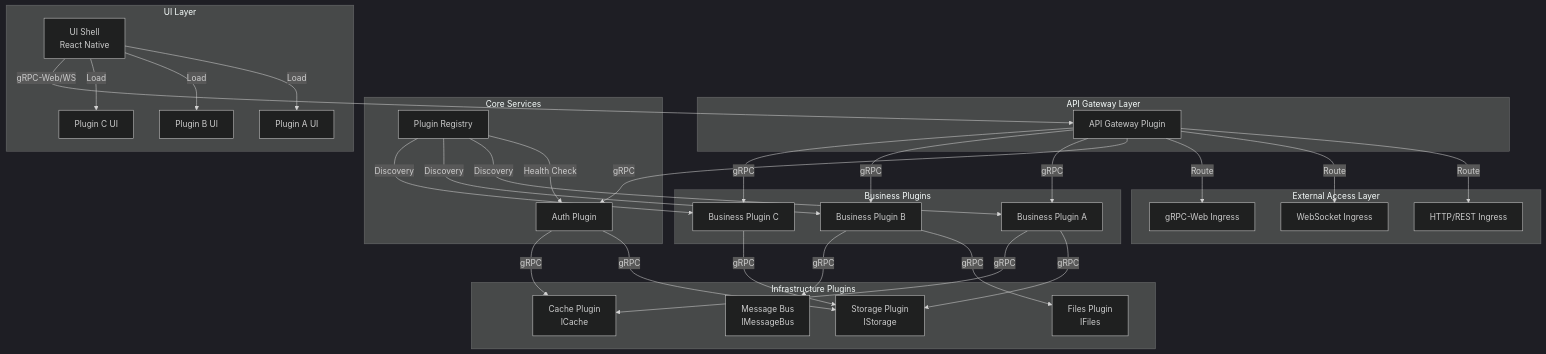
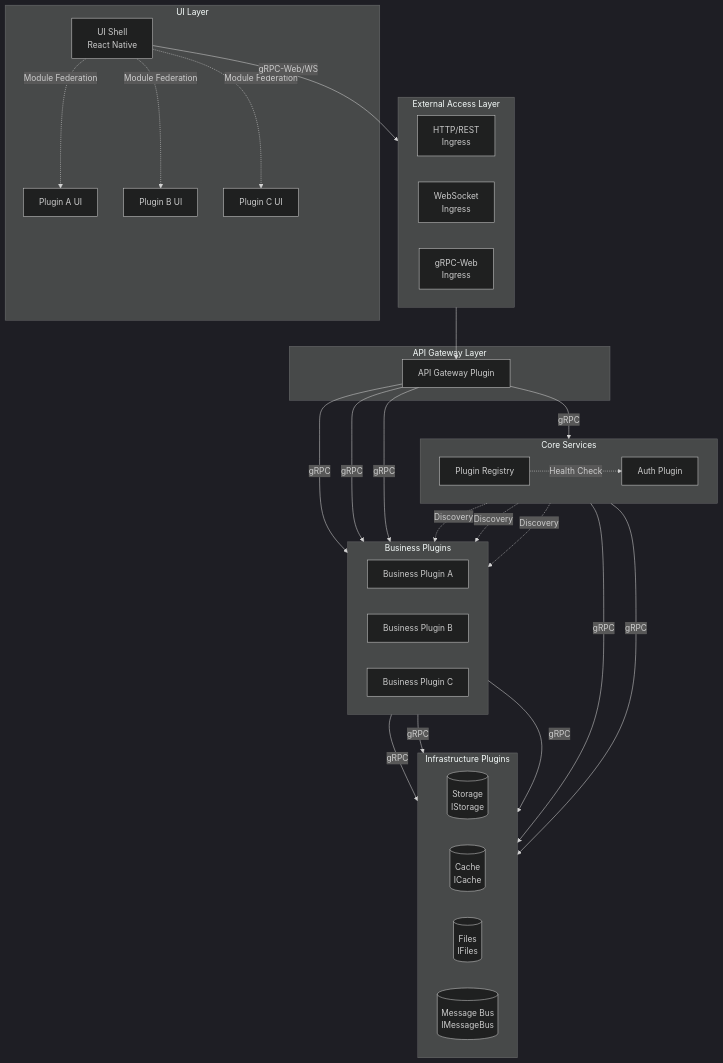
One commit to Unified-Plugin-Framework/docs changed the second of 18 diagrams in docs/architecture/overview.md. Above: the diagram before and after it, drawn with Mermaid (dark theme). The commit also changed other lines of this file, not shown here.

First line of the commit message:
docs: refactor architecture diagrams from C4 to flowchart format

````diff
--- a/docs/architecture/overview.md
+++ b/docs/architecture/overview.md
@@ -43,62 +49,59 @@
 ```mermaid
 flowchart TB
+    subgraph UI["UI Layer"]
+        SHELL[UI Shell<br/>React Native]
+        SHELL -.->|Module Federation| UIA[Plugin A UI] & UIB[Plugin B UI] & UIC[Plugin C UI]
+    end
+
     subgraph External["External Access Layer"]
-        HTTP[HTTP/REST Ingress]
-        WS[WebSocket Ingress]
-        GRPCW[gRPC-Web Ingress]
+        direction LR
+        HTTP[HTTP/REST<br/>Ingress]
+        WS[WebSocket<br/>Ingress]
+        GRPCW[gRPC-Web<br/>Ingress]
     end
 
     subgraph Gateway["API Gateway Layer"]
         GW[API Gateway Plugin]
-        GW --> |Route| HTTP
-        GW --> |Route| WS
-        GW --> |Route| GRPCW
     end
 
     subgraph Core["Core Services"]
+        direction LR
         REG[Plugin Registry]
         AUTH[Auth Plugin]
-
-        REG --> |Health Check| AUTH
-    end
-
-    subgraph Infrastructure["Infrastructure Plugins"]
-        STORAGE[Storage Plugin<br/>IStorage]
-        CACHE[Cache Plugin<br/>ICache]
-        FILES[Files Plugin<br/>IFiles]
-        MSGBUS[Message Bus<br/>IMessageBus]
     end
 
     subgraph Business["Business Plugins"]
+        direction LR
         BP1[Business Plugin A]
         BP2[Business Plugin B]
         BP3[Business Plugin C]
     end
 
-    subgraph UI["UI Layer"]
-        SHELL[UI Shell<br/>React Native]
-        SHELL --> |Load| UIA[Plugin A UI]
-        SHELL --> |Load| UIB[Plugin B UI]
-        SHELL --> |Load| UIC[Plugin C UI]
+    subgraph Infrastructure["Infrastructure Plugins"]
+        direction LR
+        STORAGE[(Storage<br/>IStorage)]
+        CACHE[(Cache<br/>ICache)]
+        FILES[(Files<br/>IFiles)]
+        MSGBUS[(Message Bus<br/>IMessageBus)]
     end
 
-    GW --> |gRPC| AUTH
-    GW --> |gRPC| BP1
-    GW --> |gRPC| BP2
-    GW --> |gRPC| BP3
+    SHELL -->|gRPC-Web/WS| External
+    External --> GW
 
-    BP1 --> |gRPC| STORAGE
-    BP1 --> |gRPC| CACHE
-    BP2 --> |gRPC| FILES
-    BP2 --> |gRPC| MSGBUS
-    BP3 --> |gRPC| STORAGE
+    GW -->|gRPC| AUTH
+    GW -->|gRPC| BP1
+    GW -->|gRPC| BP2
+    GW -->|gRPC| BP3
 
-    AUTH --> |gRPC| STORAGE
-    AUTH --> |gRPC| CACHE
+    REG -.->|Discovery| BP1
+    REG -.->|Discovery| BP2
+    REG -.->|Discovery| BP3
+    REG -.->|Health Check| AUTH
 
-    SHELL --> |gRPC-Web/WS| GW
+    BP1 -->|gRPC| CACHE
+    BP2 -->|gRPC| FILES
+    BP2 -->|gRPC| MSGBUS
 
-    REG --> |Discovery| BP1
-    REG --> |Discovery| BP2
-    REG --> |Discovery| BP3
+    AUTH -->|gRPC| STORAGE
+    AUTH -->|gRPC| CACHE
 ```
````
